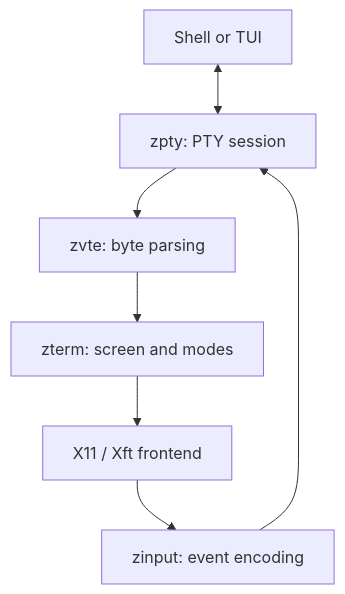
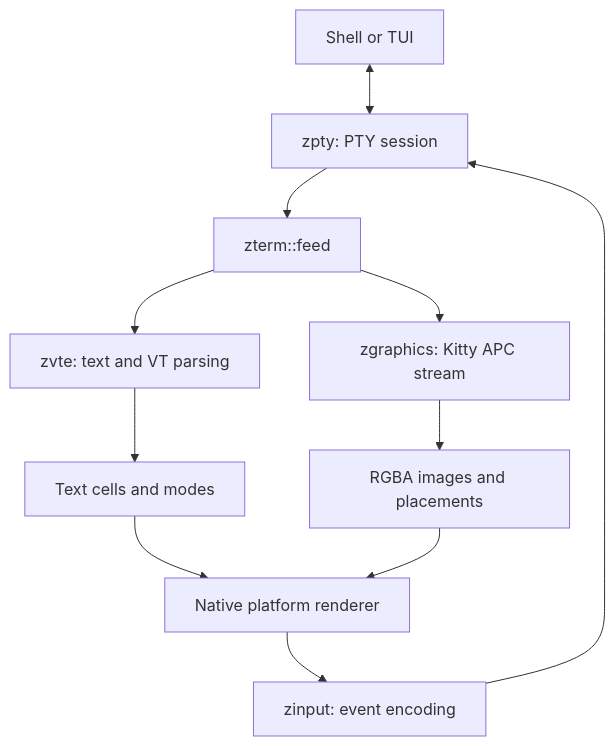
The diagram in docs/architecture.md (LIghtJUNction/ztty), drawn with Mermaid before and after one commit. The commit also changed other lines of this file and 27 other files, not shown here.

First line of the commit message:
Record native graphics acceptance, published crates, and source-bound artifacts

````diff
--- a/docs/architecture.md
+++ b/docs/architecture.md
@@ -8,9 +9,13 @@
 ```mermaid
 flowchart TD
     A["Shell or TUI"] <--> B["zpty: PTY session"]
-    B --> C["zvte: byte parsing"]
-    C --> D["zterm: screen and modes"]
-    D --> E["X11 / Xft frontend"]
-    E --> F["zinput: event encoding"]
-    F --> B
+    B --> C["zterm::feed"]
+    C --> D["zvte: text and VT parsing"]
+    C --> E["zgraphics: Kitty APC stream"]
+    D --> F["Text cells and modes"]
+    E --> G["RGBA images and placements"]
+    F --> H["Native platform renderer"]
+    G --> H
+    H --> I["zinput: event encoding"]
+    I --> B
 ```
````
